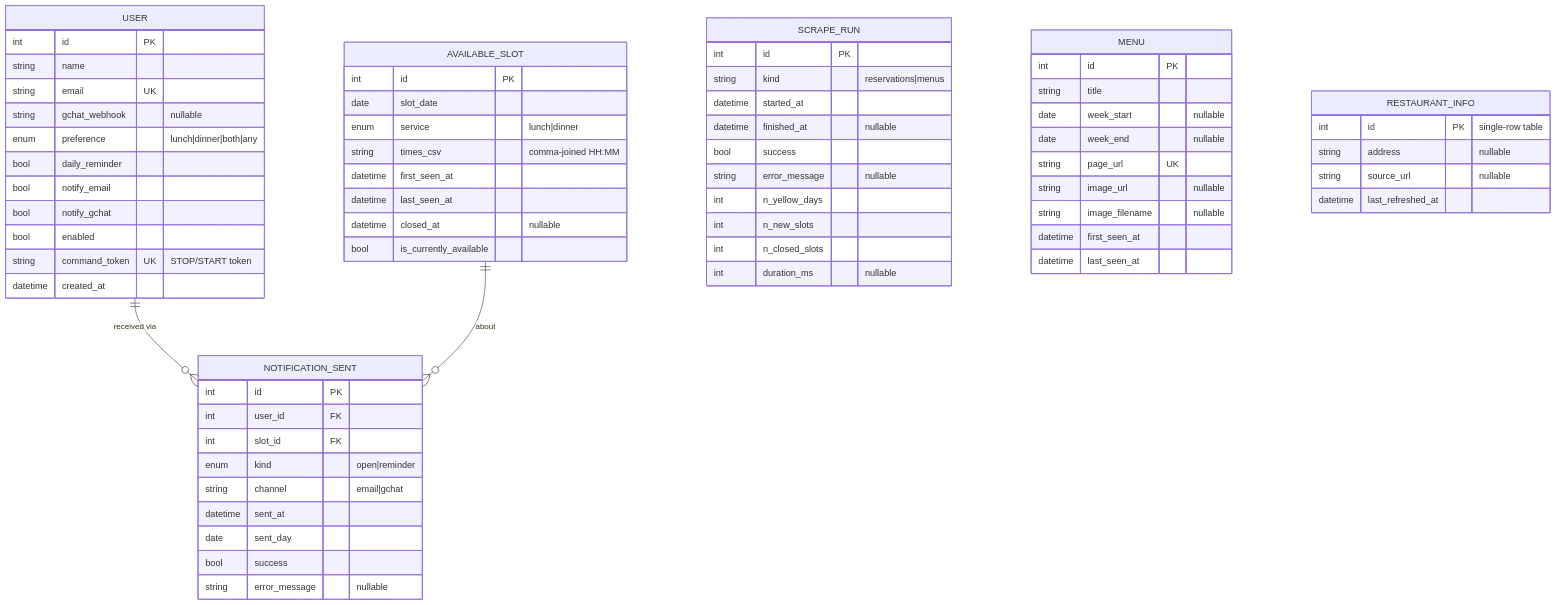
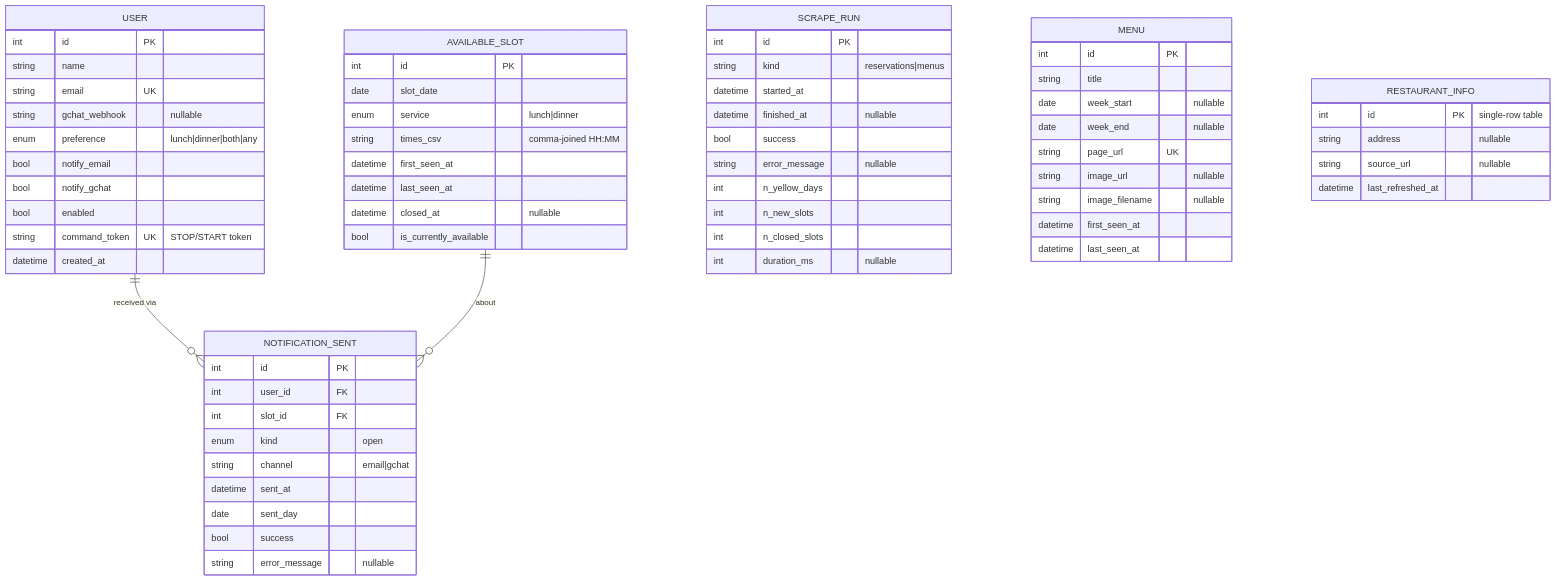
The first of 5 diagrams in ARCHITECTURE.md (Blackyfi/lycee_hotelier_ui_scrapper), drawn with Mermaid before and after one commit. The commit also changed other lines of this file and 48 other files, not shown here.

````diff
--- a/ARCHITECTURE.md
+++ b/ARCHITECTURE.md
@@ -12,74 +12,73 @@
 ```mermaid
 erDiagram
     USER ||--o{ NOTIFICATION_SENT : "received via"
     AVAILABLE_SLOT ||--o{ NOTIFICATION_SENT : "about"
 
     USER {
         int id PK
         string name
         string email UK
         string gchat_webhook "nullable"
         enum preference "lunch|dinner|both|any"
-        bool daily_reminder
         bool notify_email
         bool notify_gchat
         bool enabled
         string command_token UK "STOP/START token"
         datetime created_at
     }
 
     AVAILABLE_SLOT {
         int id PK
         date slot_date
         enum service "lunch|dinner"
         string times_csv "comma-joined HH:MM"
         datetime first_seen_at
         datetime last_seen_at
         datetime closed_at "nullable"
         bool is_currently_available
     }
 
     NOTIFICATION_SENT {
         int id PK
         int user_id FK
         int slot_id FK
-        enum kind "open|reminder"
+        enum kind "open"
         string channel "email|gchat"
         datetime sent_at
         date sent_day
         bool success
         string error_message "nullable"
     }
 
     SCRAPE_RUN {
         int id PK
         string kind "reservations|menus"
         datetime started_at
         datetime finished_at "nullable"
         bool success
         string error_message "nullable"
         int n_yellow_days
         int n_new_slots
         int n_closed_slots
         int duration_ms "nullable"
     }
 
     MENU {
         int id PK
         string title
         date week_start "nullable"
         date week_end "nullable"
         string page_url UK
         string image_url "nullable"
         string image_filename "nullable"
         datetime first_seen_at
         datetime last_seen_at
     }
 
     RESTAURANT_INFO {
         int id PK "single-row table"
         string address "nullable"
         string source_url "nullable"
         datetime last_refreshed_at
     }
 ```
````
